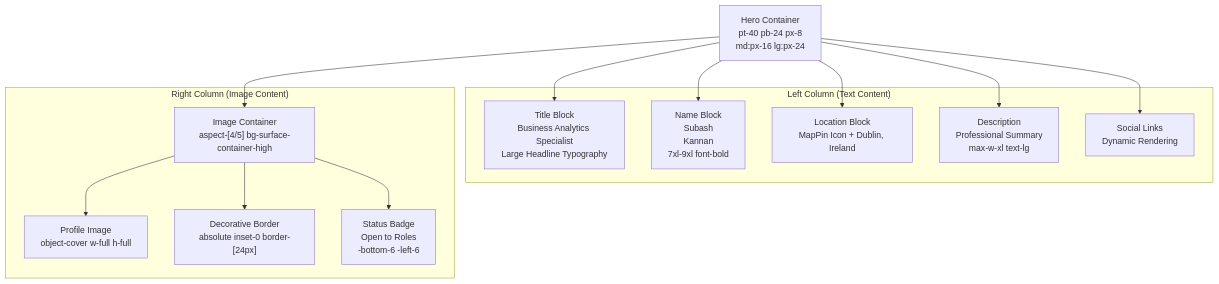
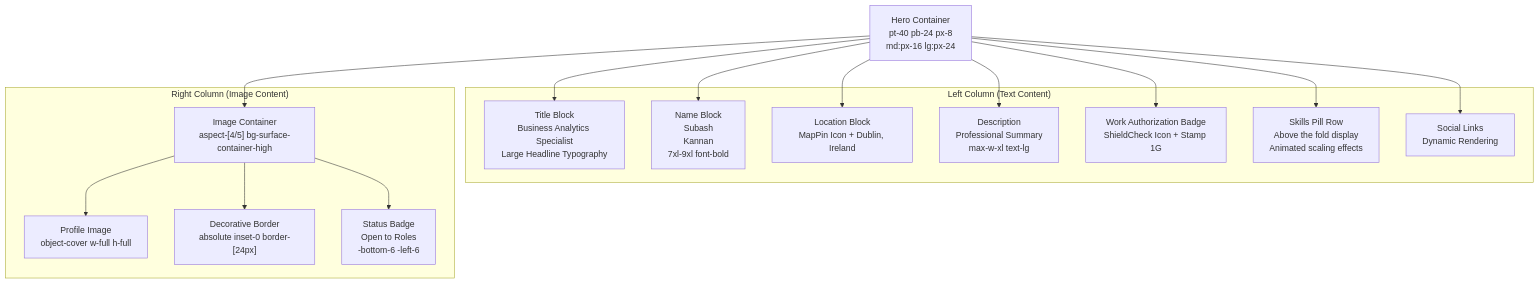
One commit to subash7781/Portfolio changed the fifth of 6 diagrams in .qoder/repowiki/en/content/Component Library & UI Elements/Hero Component.md. Above: the diagram before and after it, drawn with Mermaid. The commit also changed other lines of this file and 8 other files, not shown here.

````diff
--- a/.qoder/repowiki/en/content/Component Library & UI Elements/Hero Component.md
+++ b/.qoder/repowiki/en/content/Component Library & UI Elements/Hero Component.md
@@ -197,26 +230,30 @@
 ```mermaid
 flowchart TD
 HeroContainer["Hero Container<br/>pt-40 pb-24 px-8<br/>md:px-16 lg:px-24"]
 subgraph "Left Column (Text Content)"
 TitleBlock["Title Block<br/>Business Analytics Specialist<br/>Large Headline Typography"]
 NameBlock["Name Block<br/>Subash<br/>Kannan<br/>7xl-9xl font-bold"]
 LocationBlock["Location Block<br/>MapPin Icon + Dublin, Ireland"]
 DescriptionBlock["Description<br/>Professional Summary<br/>max-w-xl text-lg"]
+WorkAuthBadge["Work Authorization Badge<br/>ShieldCheck Icon + Stamp 1G"]
+SkillsPillRow["Skills Pill Row<br/>Above the fold display<br/>Animated scaling effects"]
 SocialBlock["Social Links<br/>Dynamic Rendering"]
 end
 subgraph "Right Column (Image Content)"
 ImageContainer["Image Container<br/>aspect-[4/5] bg-surface-container-high"]
 ProfileImage["Profile Image<br/>object-cover w-full h-full"]
 DecorativeBorder["Decorative Border<br/>absolute inset-0 border-[24px]"]
 StatusBadge["Status Badge<br/>Open to Roles<br/>-bottom-6 -left-6"]
 end
 HeroContainer --> TitleBlock
 HeroContainer --> NameBlock
 HeroContainer --> LocationBlock
 HeroContainer --> DescriptionBlock
+HeroContainer --> WorkAuthBadge
+HeroContainer --> SkillsPillRow
 HeroContainer --> SocialBlock
 HeroContainer --> ImageContainer
 ImageContainer --> ProfileImage
 ImageContainer --> DecorativeBorder
 ImageContainer --> StatusBadge
 ```
````
